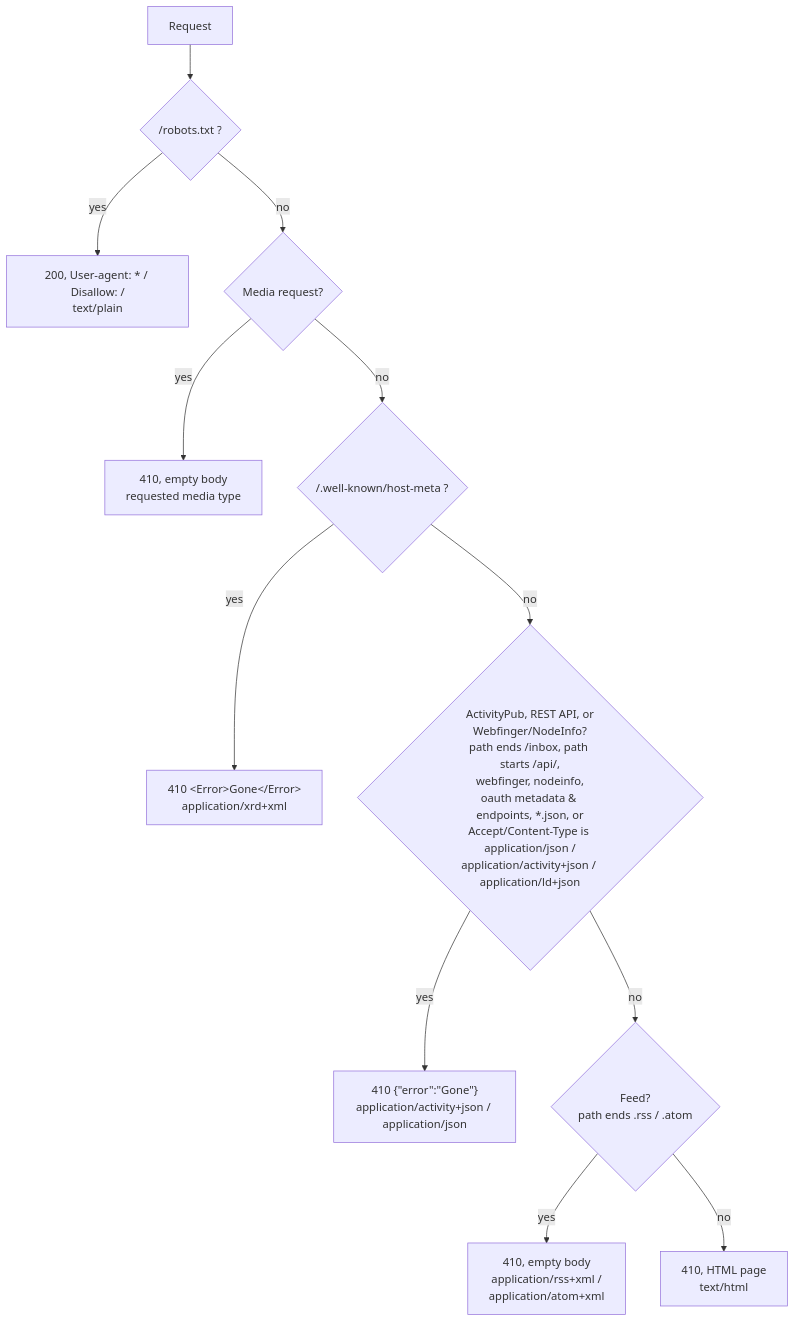
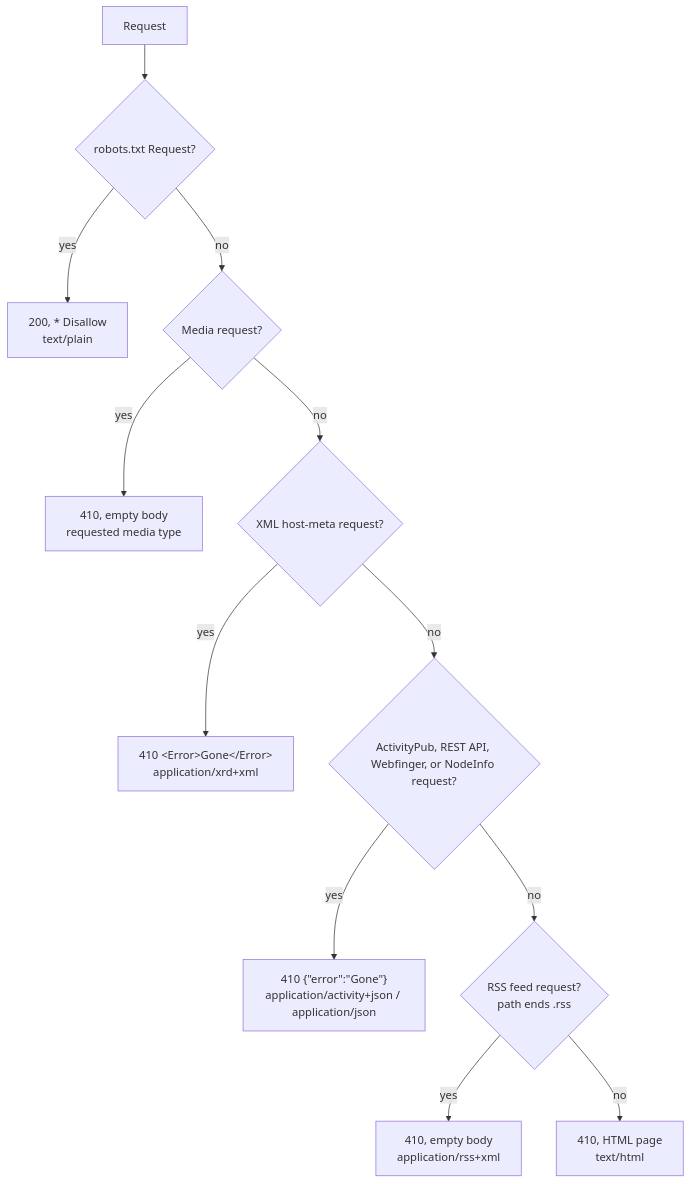
The diagram in README.md (vmstio/gone), drawn with Mermaid before and after one commit. The commit also changed other lines of this file and 1 other file, not shown here.

Commit message:
Drop Atom feed handling — Mastodon only ever served RSS
Mastodon has no Atom feed endpoint, so .atom was never real traffic; only
.rss is a genuine dead-feed case worth a dedicated response.

````diff
--- a/README.md
+++ b/README.md
@@ -64,14 +64,14 @@
 ```mermaid
 flowchart TD
-    A["Request"] --> B{"/robots.txt ?"}
-    B -- yes --> B1["200, User-agent: * / Disallow: /\ntext/plain"]
+    A["Request"] --> B{"robots.txt Request?"}
+    B -- yes --> B1["200, * Disallow\ntext/plain"]
     B -- no --> C{"Media request?"}
     C -- yes --> C1["410, empty body\nrequested media type"]
-    C -- no --> E{"/.well-known/host-meta ?"}
+    C -- no --> E{"XML host-meta request?"}
     E -- yes --> E1["410 &lt;Error&gt;Gone&lt;/Error&gt;\napplication/xrd+xml"]
-    E -- no --> G{"ActivityPub, REST API, or\nWebfinger/NodeInfo?\npath ends /inbox, path starts /api/,\nwebfinger, nodeinfo,\noauth metadata & endpoints, *.json, or\nAccept/Content-Type is application/json /\napplication/activity+json / application/ld+json"}
+    E -- no --> G{"ActivityPub, REST API, Webfinger, or NodeInfo request?"}
     G -- yes --> G1["410 {#quot;error#quot;:#quot;Gone#quot;}\napplication/activity+json / application/json"]
-    G -- no --> J{"Feed?\npath ends .rss / .atom"}
-    J -- yes --> J1["410, empty body\napplication/rss+xml /\napplication/atom+xml"]
+    G -- no --> J{"RSS feed request?\npath ends .rss"}
+    J -- yes --> J1["410, empty body\napplication/rss+xml"]
     J -- no --> L["410, HTML page\ntext/html"]
 ```
````
